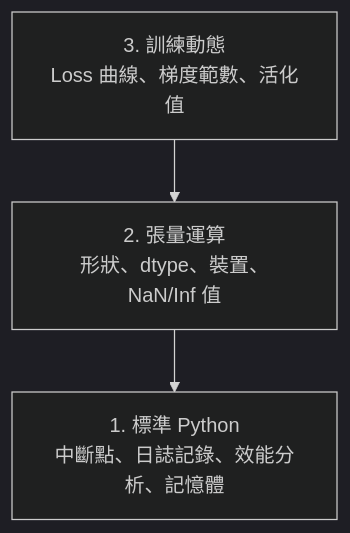
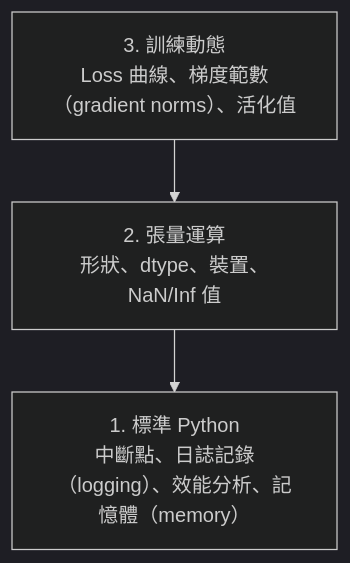
The diagram in i18n/zh-TW/phases/00-setup-and-tooling/12-debugging-and-profiling/docs/zh-TW.md (edward821220/ai-engineering-from-scratch), drawn with Mermaid (dark theme) before and after one commit. The commit also changed other lines of this file and 123 other files, not shown here.

````diff
--- a/i18n/zh-TW/phases/00-setup-and-tooling/12-debugging-and-profiling/docs/zh-TW.md
+++ b/i18n/zh-TW/phases/00-setup-and-tooling/12-debugging-and-profiling/docs/zh-TW.md
@@ -27,6 +27,6 @@
 ```mermaid
 graph TD
-    L3["3. 訓練動態<br/>Loss 曲線、梯度範數、活化值"] --> L2
+    L3["3. 訓練動態<br/>Loss 曲線、梯度範數（gradient norms）、活化值"] --> L2
     L2["2. 張量運算<br/>形狀、dtype、裝置、NaN/Inf 值"] --> L1
-    L1["1. 標準 Python<br/>中斷點、日誌記錄、效能分析、記憶體"]
+    L1["1. 標準 Python<br/>中斷點、日誌記錄（logging）、效能分析、記憶體（memory）"]
 ```
````
